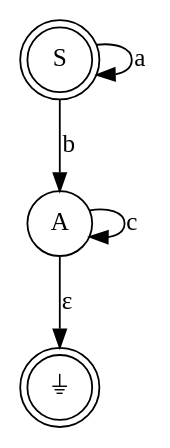
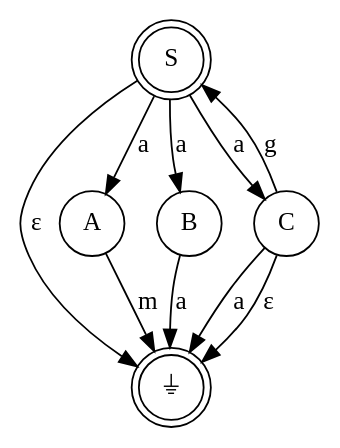
One commit to jonyrock/prTask3 changed the diagram in output.dot. Above: the diagram before and after it, drawn with Graphviz. The commit also changed 3 other files, not shown here.

```diff
--- a/output.dot
+++ b/output.dot
@@ -1,8 +1,13 @@
 digraph NFA {
     node [shape = doublecircle]; S ⏚;
     node [shape = circle];
-    A -> ⏚ [ label = "ε" ];
-    A -> A [ label = "c" ];
-    S -> S [ label = "a" ];
-    S -> A [ label = "b" ];
+    A -> ⏚ [ label = "m" ];
+    B -> ⏚ [ label = "a" ];
+    S -> A [ label = "a" ];
+    S -> B [ label = "a" ];
+    S -> C [ label = "a" ];
+    S -> ⏚ [ label = "ε" ];
+    C -> ⏚ [ label = "a" ];
+    C -> S [ label = "g" ];
+    C -> ⏚ [ label = "ε" ];
 }
```
